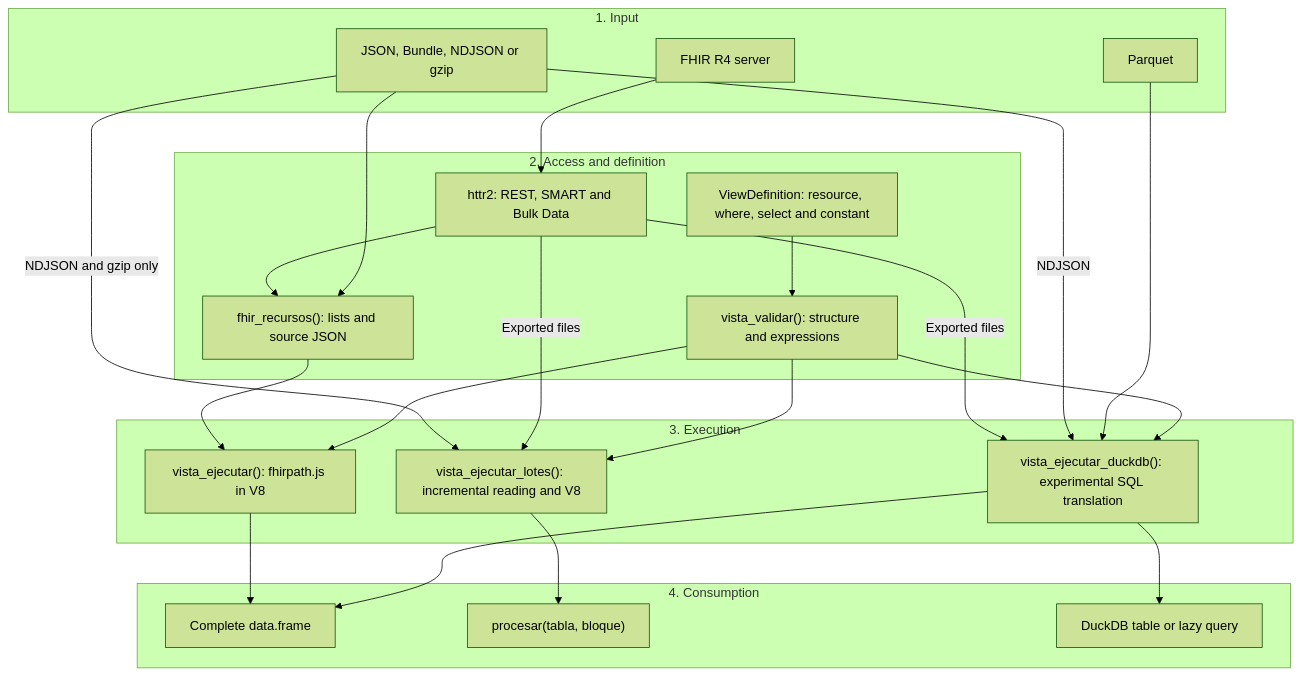
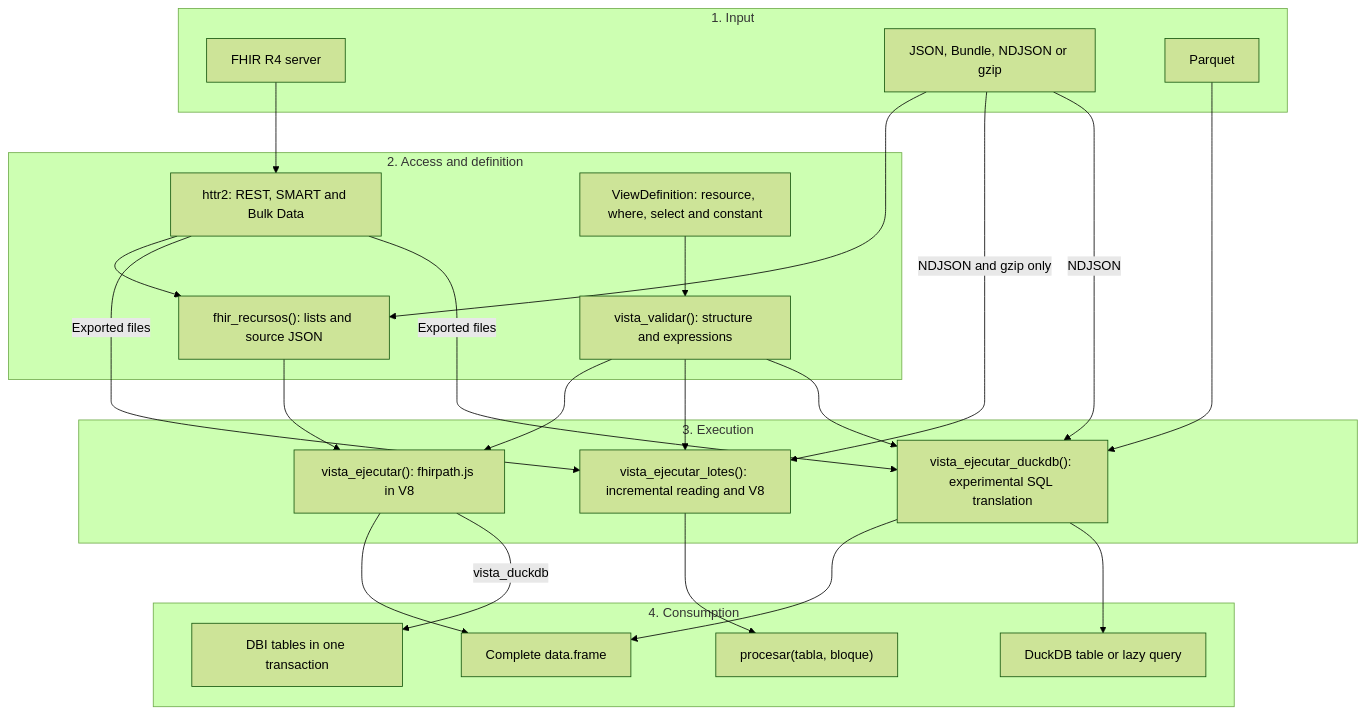
The second of 10 diagrams in README.en.md (f-slg/fhirviews), drawn with Mermaid (forest theme) before and after one commit. The commit also changed other lines of this file and 5 other files, not shown here.

Commit message:
Replace opening diagram with Mermaid and document the R4 and Rust scope

````diff
--- a/README.en.md
+++ b/README.en.md
@@ -221,37 +232,39 @@
 ```mermaid
 flowchart TB
     subgraph EN["1. Input"]
         REST["FHIR R4 server"]
         FILE["JSON, Bundle, NDJSON or gzip"]
         PAR["Parquet"]
     end
     subgraph AC["2. Access and definition"]
         HTTP["httr2: REST, SMART and Bulk Data"]
         RES["fhir_recursos(): lists and source JSON"]
         VIEW["ViewDefinition: resource, where, select and constant"]
         VALID["vista_validar(): structure and expressions"]
     end
     subgraph EX["3. Execution"]
         V8["vista_ejecutar(): fhirpath.js in V8"]
         LOT["vista_ejecutar_lotes(): incremental reading and V8"]
         SQL["vista_ejecutar_duckdb(): experimental SQL translation"]
     end
     subgraph OUT["4. Consumption"]
         DF["Complete data.frame"]
         CB["procesar(tabla, bloque)"]
         DB["DuckDB table or lazy query"]
+        DBI["DBI tables in one transaction"]
     end
     REST --> HTTP --> RES
     FILE --> RES --> V8 --> DF
     FILE -->|"NDJSON and gzip only"| LOT --> CB
     HTTP -->|"Exported files"| LOT
     HTTP -->|"Exported files"| SQL
     FILE -->|"NDJSON"| SQL
     PAR --> SQL
     VIEW --> VALID
     VALID --> V8
     VALID --> LOT
     VALID --> SQL
     SQL --> DF
     SQL --> DB
+    V8 -->|"vista_duckdb"| DBI
 ```
````
